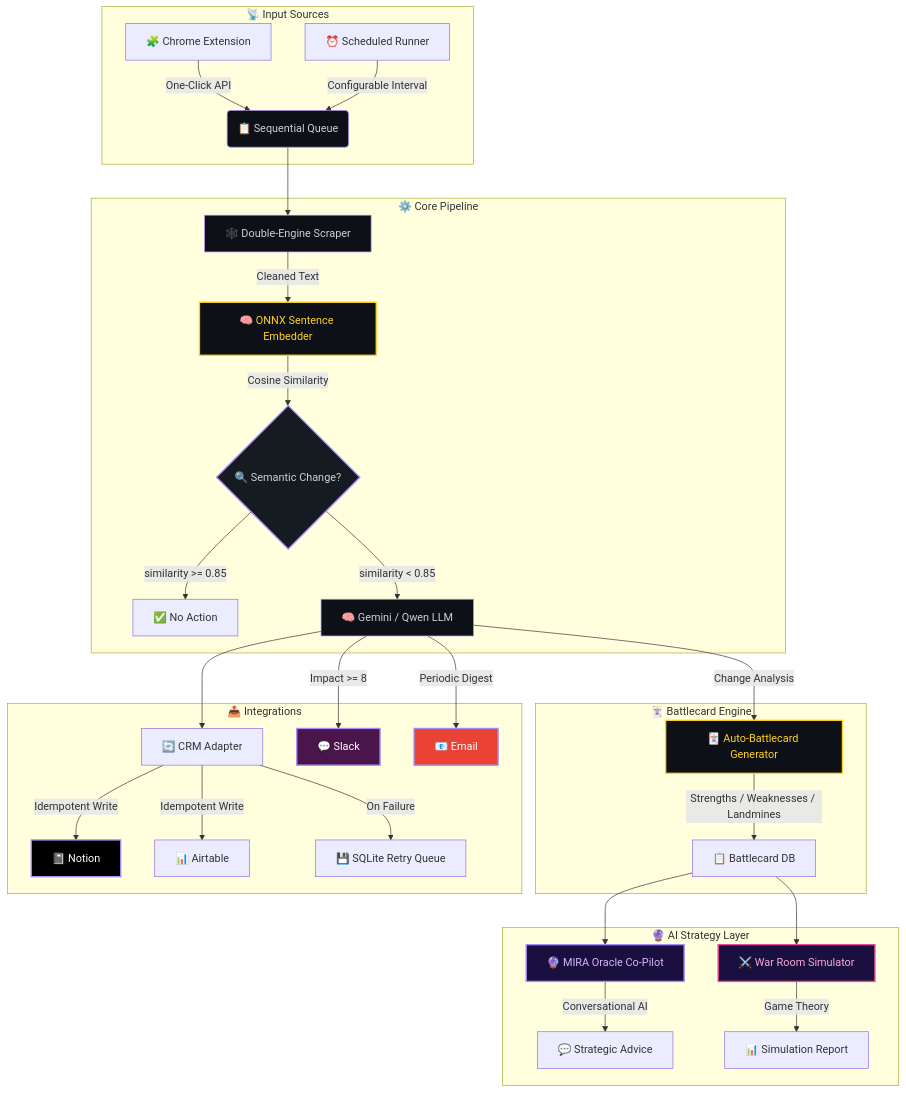
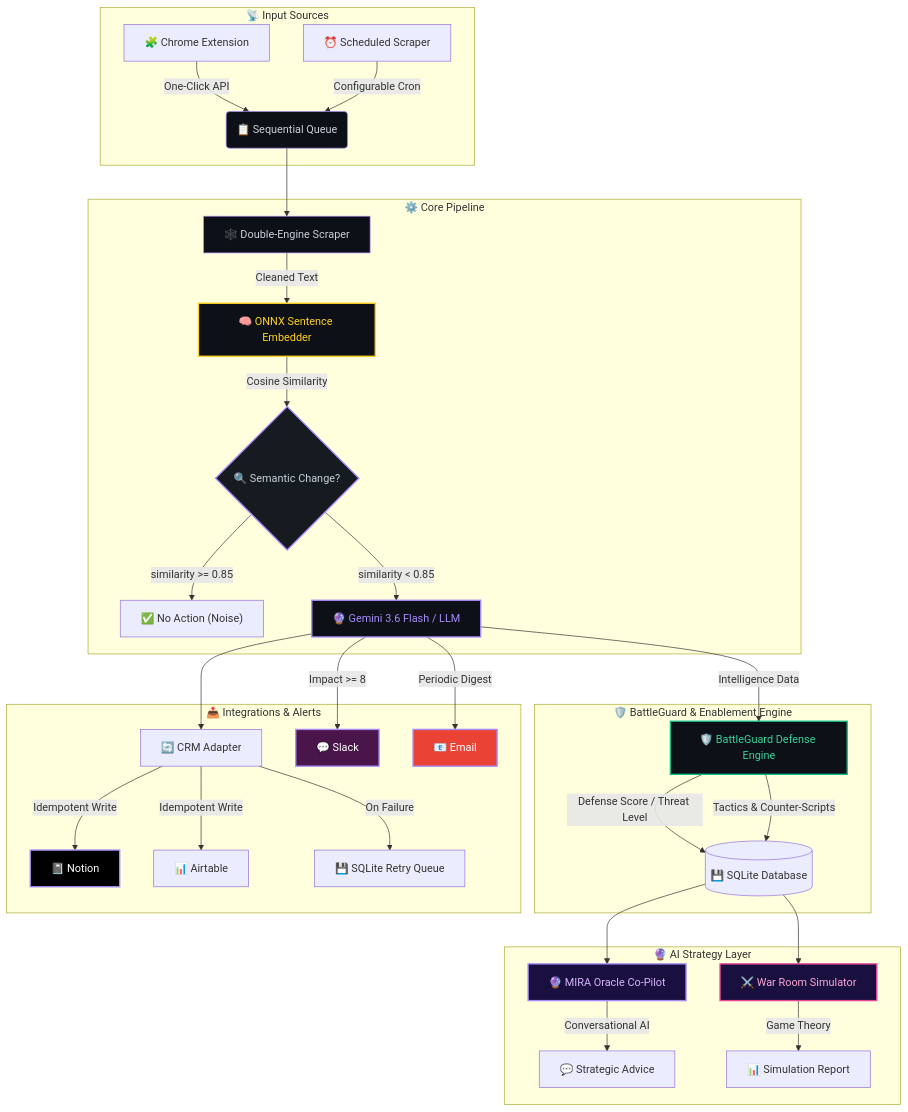
Before and after one commit to NitheshK4/MIRA: the first of 2 diagrams in README.md, drawn with Mermaid. The commit also changed other lines of this file, not shown here.

Commit message:
docs: Update README.md with Gemini 3.6 Flash engine, BattleGuard Defense Center, and multi-model selector

````diff
--- a/README.md
+++ b/README.md
@@ -200,50 +203,51 @@
 ```mermaid
 graph TD
     subgraph "📡 Input Sources"
         A["🧩 Chrome Extension"] -->|"One-Click API"| B("📋 Sequential Queue")
-        C["⏰ Scheduled Runner"] -->|"Configurable Interval"| B
+        C["⏰ Scheduled Scraper"] -->|"Configurable Cron"| B
     end
 
     subgraph "⚙️ Core Pipeline"
         B --> D["🕸️ Double-Engine Scraper"]
         D -->|"Cleaned Text"| E["🧠 ONNX Sentence Embedder"]
         E -->|"Cosine Similarity"| F{"🔍 Semantic Change?"}
-        F -->|"similarity >= 0.85"| G["✅ No Action"]
-        F -->|"similarity < 0.85"| H["🧠 Gemini / Qwen LLM"]
+        F -->|"similarity >= 0.85"| G["✅ No Action (Noise)"]
+        F -->|"similarity < 0.85"| H["🔮 Gemini 3.6 Flash / LLM"]
     end
 
-    subgraph "🃏 Battlecard Engine"
-        H -->|"Change Analysis"| BC["🃏 Auto-Battlecard Generator"]
-        BC -->|"Strengths / Weaknesses / Landmines"| BD["📋 Battlecard DB"]
+    subgraph "🛡️ BattleGuard & Enablement Engine"
+        H -->|"Intelligence Data"| BC["🛡️ BattleGuard Defense Engine"]
+        BC -->|"Defense Score / Threat Level"| DB[("💾 SQLite Database")]
+        BC -->|"Tactics & Counter-Scripts"| DB
     end
 
     subgraph "🔮 AI Strategy Layer"
         ORACLE["🔮 MIRA Oracle Co-Pilot"]
         WARROOM["⚔️ War Room Simulator"]
-        BD --> ORACLE
-        BD --> WARROOM
+        DB --> ORACLE
+        DB --> WARROOM
         ORACLE -->|"Conversational AI"| ORACLE_OUT["💬 Strategic Advice"]
         WARROOM -->|"Game Theory"| WAR_OUT["📊 Simulation Report"]
     end
 
-    subgraph "📤 Integrations"
+    subgraph "📤 Integrations & Alerts"
         H --> J["🔄 CRM Adapter"]
         J -->|"Idempotent Write"| K["📓 Notion"]
         J -->|"Idempotent Write"| L["📊 Airtable"]
         J -->|"On Failure"| M["💾 SQLite Retry Queue"]
         H -->|"Impact >= 8"| N["💬 Slack"]
         H -->|"Periodic Digest"| O["📧 Email"]
     end
 
     style K fill:#000000,stroke:#A78BFA,stroke-width:2px,color:#fff
     style N fill:#4A154B,stroke:#A78BFA,stroke-width:2px,color:#fff
     style O fill:#EA4335,stroke:#A78BFA,stroke-width:2px,color:#fff
     style B fill:#0d1117,stroke:#A78BFA,stroke-width:1px,color:#c9d1d9
     style D fill:#0d1117,stroke:#A78BFA,stroke-width:1px,color:#c9d1d9
     style E fill:#0d1117,stroke:#FFD21E,stroke-width:2px,color:#FFD21E
-    style H fill:#0d1117,stroke:#A78BFA,stroke-width:1px,color:#c9d1d9
+    style H fill:#0d1117,stroke:#A78BFA,stroke-width:2px,color:#A78BFA
     style F fill:#161b22,stroke:#A78BFA,stroke-width:2px,color:#c9d1d9
     style ORACLE fill:#1a1040,stroke:#A78BFA,stroke-width:2px,color:#d8b4fe
     style WARROOM fill:#1a1040,stroke:#EC4899,stroke-width:2px,color:#f9a8d4
-    style BC fill:#0d1117,stroke:#FFD21E,stroke-width:2px,color:#FFD21E
+    style BC fill:#0d1117,stroke:#10B981,stroke-width:2px,color:#34D399
 ```
````
